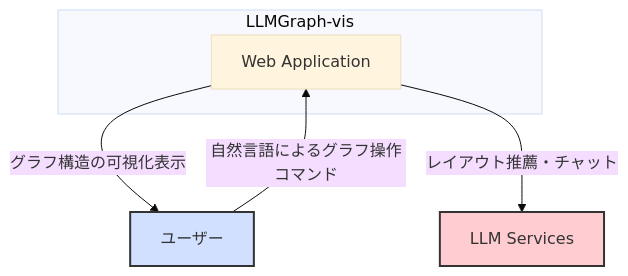
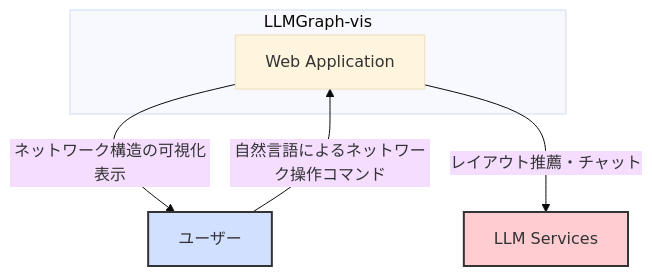
Before and after one commit to vdslab/LLMGraphvis: the first of 2 diagrams in specification/Architecture.md, drawn with Mermaid (base theme). The commit also changed other lines of this file and 7 other files, not shown here.

````diff
--- a/specification/Architecture.md
+++ b/specification/Architecture.md
@@ -11,13 +11,13 @@
 ```mermaid
 graph TD
     subgraph "LLMGraph-vis"
         webApplication["Web Application"]
     end
 
-    user["ユーザー"] -- "自然言語によるグラフ操作コマンド" --> webApplication
-    webApplication -- "グラフ構造の可視化表示" --> user
+    user["ユーザー"] -- "自然言語によるネットワーク操作コマンド" --> webApplication
+    webApplication -- "ネットワーク構造の可視化表示" --> user
     webApplication -- "レイアウト推薦・チャット" --> llmServices["LLM Services"]
 
     style user fill:#d1e0ff,stroke:#333,stroke-width:2px
     style llmServices fill:#ffccd1,stroke:#333,stroke-width:2px
 ```
````
